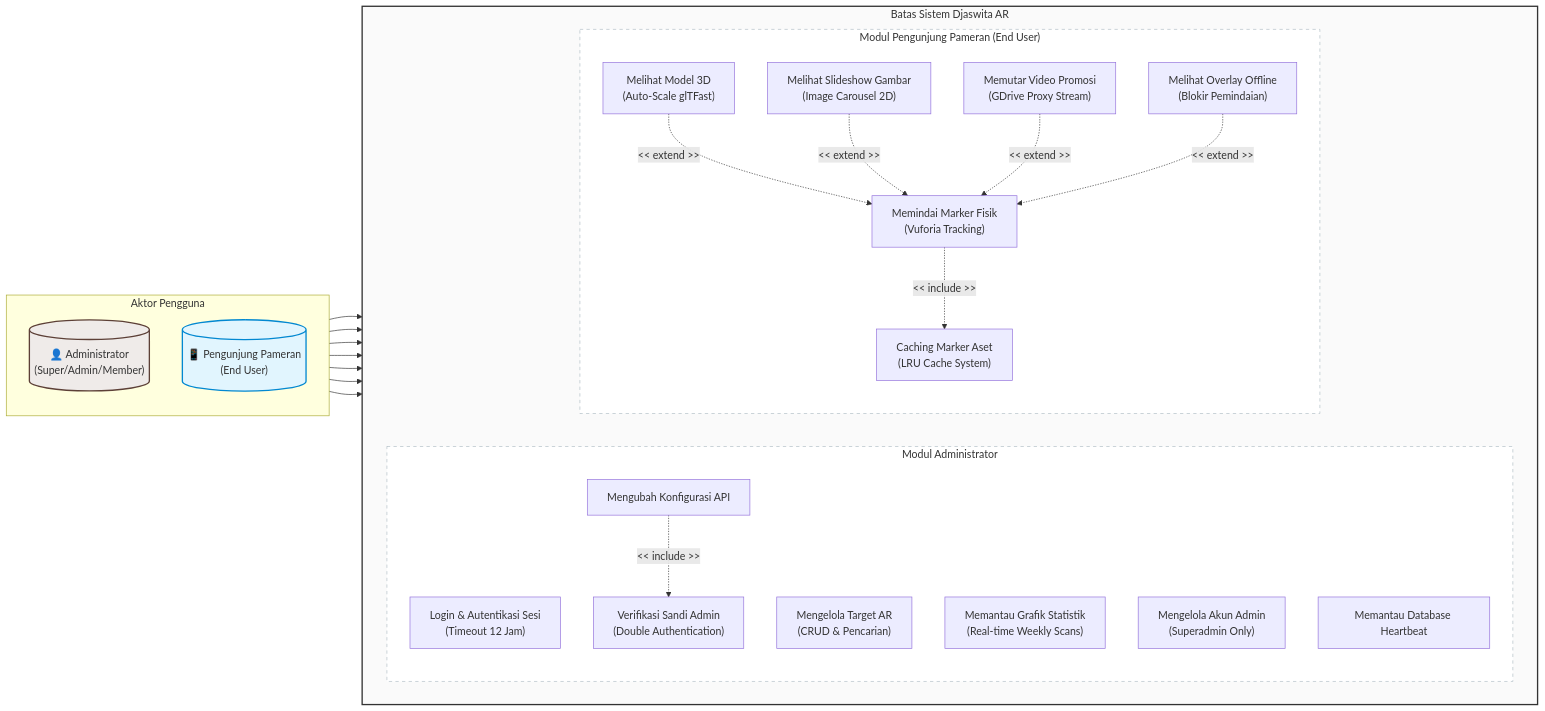
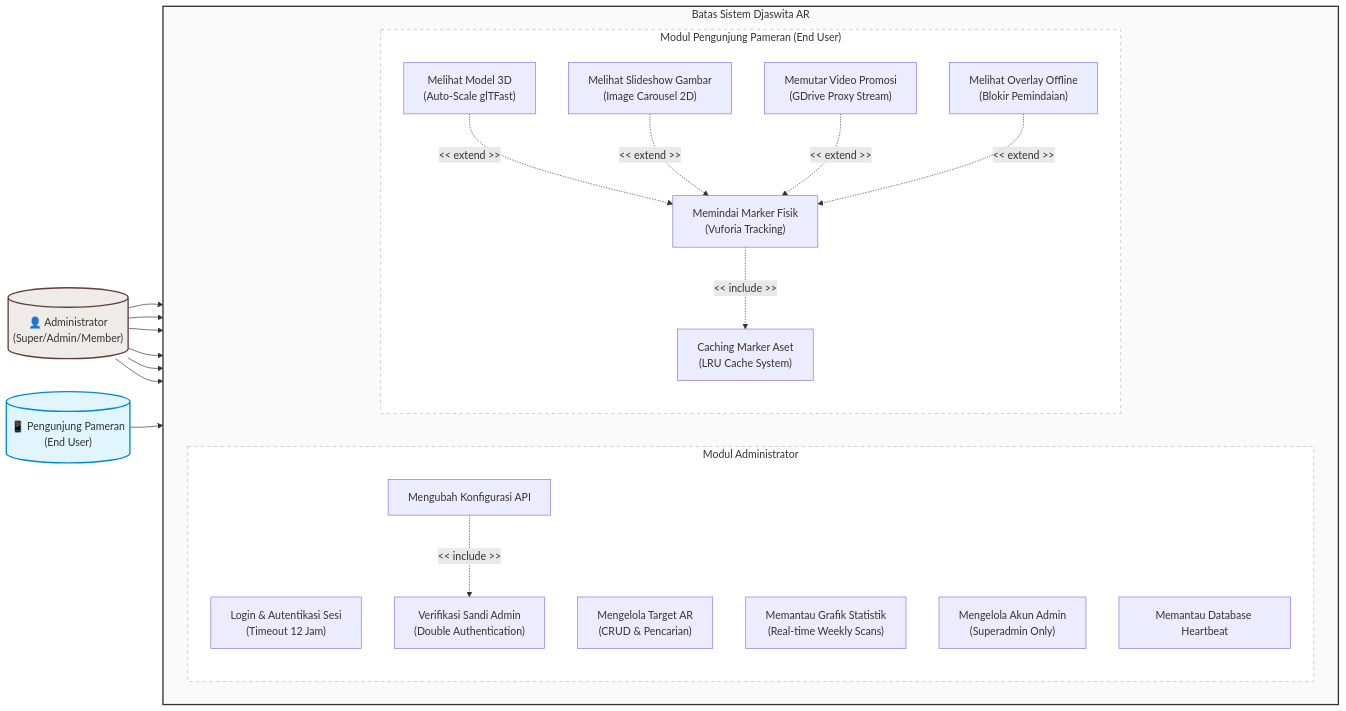
One commit to MyusiZ3/DjaswitaAR-Fix changed the second of 3 diagrams in WebAdmin/docs/diagram/diagram.md. Above: the diagram before and after it, drawn with Mermaid.

Commit message:
docs: remove Aktor subgraph for direct floating nodes
- Removed 'subgraph Aktor' in 'diagram.md' Use Case diagram.
- Allowed Admin and User nodes to float directly on the left side of SystemBoundary, saving horizontal space and removing redundant bounding boxes.

````diff
--- a/WebAdmin/docs/diagram/diagram.md
+++ b/WebAdmin/docs/diagram/diagram.md
@@ -70,61 +70,58 @@
 ```mermaid
 graph LR
     %% Definisi Aktor
-    subgraph Aktor ["Aktor Pengguna"]
-        direction TB
-        Admin[("👤 Administrator <br>(Super/Admin/Member)")]
-        User[("📱 Pengunjung Pameran <br>(End User)")]
-    end
+    Admin[("👤 Administrator <br>(Super/Admin/Member)")]
+    User[("📱 Pengunjung Pameran <br>(End User)")]
 
     %% Batas Sistem (System Boundary)
     subgraph SystemBoundary ["Batas Sistem Djaswita AR"]
         direction LR
         
         subgraph AdminModule ["Modul Administrator"]
             direction TB
             UC_Login["Login & Autentikasi Sesi <br>(Timeout 12 Jam)"]
             UC_CRUD["Mengelola Target AR <br>(CRUD & Pencarian)"]
             UC_Config["Mengubah Konfigurasi API"]
             UC_DoubleAuth["Verifikasi Sandi Admin <br>(Double Authentication)"]
             UC_ViewStats["Memantau Grafik Statistik <br>(Real-time Weekly Scans)"]
             UC_ManageAdmin["Mengelola Akun Admin <br>(Superadmin Only)"]
             UC_Hearbeat["Memantau Database Heartbeat"]
         end
 
         subgraph UserModule ["Modul Pengunjung Pameran (End User)"]
             direction TB
             UC_ScanMarker["Memindai Marker Fisik <br>(Vuforia Tracking)"]
             UC_View3D["Melihat Model 3D <br>(Auto-Scale glTFast)"]
             UC_ViewCarousel["Melihat Slideshow Gambar <br>(Image Carousel 2D)"]
             UC_PlayVideo["Memutar Video Promosi <br>(GDrive Proxy Stream)"]
             UC_OfflineOverlay["Melihat Overlay Offline <br>(Blokir Pemindaian)"]
             UC_CacheMarker["Caching Marker Aset <br>(LRU Cache System)"]
         end
     end
 
     %% Hubungan Aktor ke Use Case
     Admin --> UC_Login
     Admin --> UC_CRUD
     Admin --> UC_Config
     Admin --> UC_ViewStats
     Admin --> UC_ManageAdmin
     Admin --> UC_Hearbeat
 
     User --> UC_ScanMarker
 
     %% Relasi Include / Extend
     UC_Config -. "<< include >>" .-> UC_DoubleAuth
     UC_ScanMarker -. "<< include >>" .-> UC_CacheMarker
     
     UC_View3D -. "<< extend >>" .-> UC_ScanMarker
     UC_ViewCarousel -. "<< extend >>" .-> UC_ScanMarker
     UC_PlayVideo -. "<< extend >>" .-> UC_ScanMarker
     UC_OfflineOverlay -. "<< extend >>" .-> UC_ScanMarker
 
     %% Styling Warna
     style Admin fill:#efebe9,stroke:#5d4037,stroke-width:2px;
     style User fill:#e1f5fe,stroke:#0288d1,stroke-width:2px;
     style SystemBoundary fill:#fafafa,stroke:#333,stroke-width:2px;
     style AdminModule fill:#ffffff,stroke:#b0bec5,stroke-width:1px,stroke-dasharray: 5 5;
     style UserModule fill:#ffffff,stroke:#b0bec5,stroke-width:1px,stroke-dasharray: 5 5;
 ```
````
